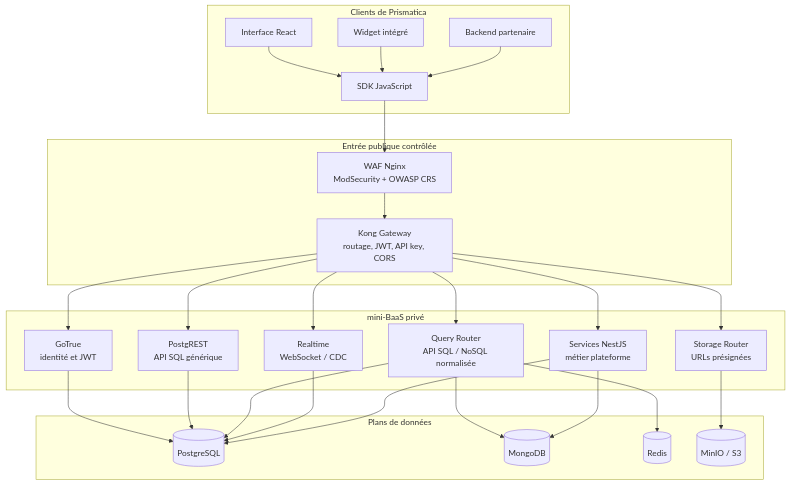
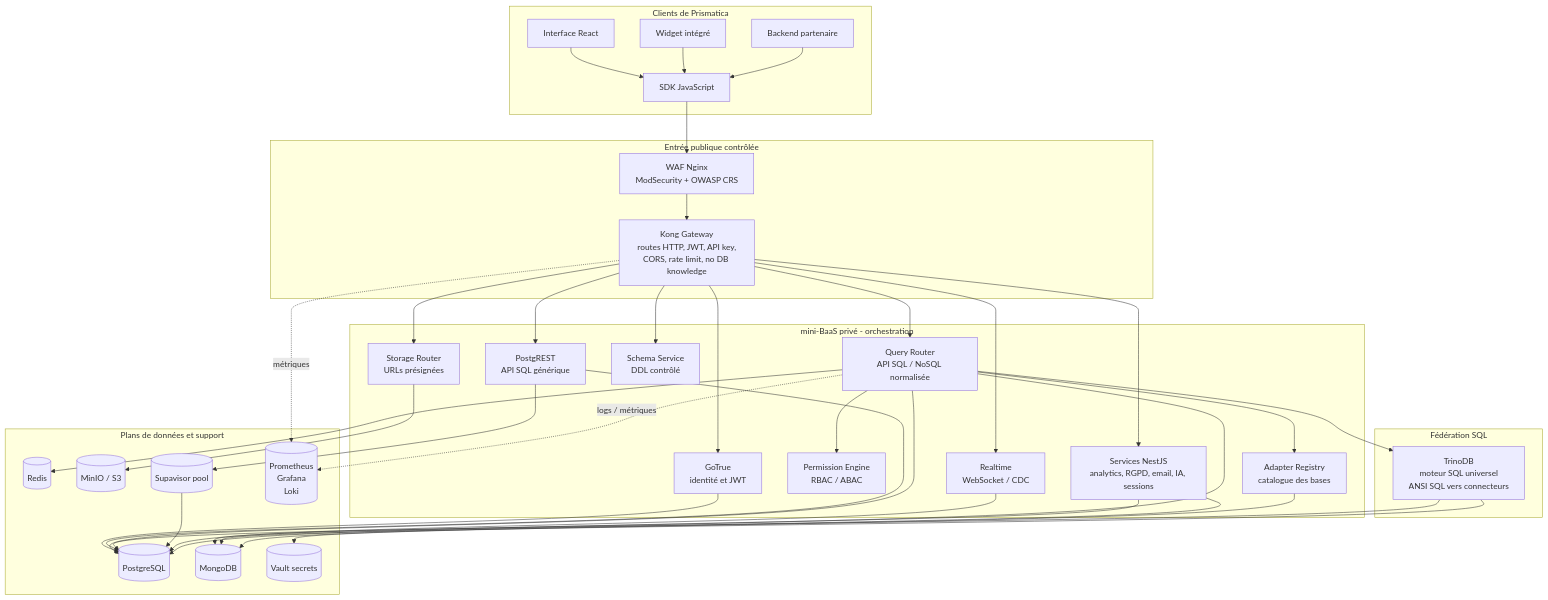
The fifth of 17 diagrams in docs/dossier-projet.md (Univers42/grobase), drawn with Mermaid before and after one commit. The commit also changed other lines of this file and 8 other files, not shown here.

````diff
--- a/docs/dossier-projet.md
+++ b/docs/dossier-projet.md
@@ -571,50 +557,70 @@
 ```mermaid
 flowchart TB
   subgraph Clients[Clients de Prismatica]
     Web[Interface React]
     SDK[SDK JavaScript]
     Embed[Widget intégré]
     Backend[Backend partenaire]
   end
 
   subgraph Edge[Entrée publique contrôlée]
     WAF[WAF Nginx<br/>ModSecurity + OWASP CRS]
-    Kong[Kong Gateway<br/>routage, JWT, API key, CORS]
+    Kong[Kong Gateway<br/>routes HTTP, JWT, API key,<br/>CORS, rate limit, no DB knowledge]
   end
 
-  subgraph BaaS[mini-BaaS privé]
+  subgraph BaaS[mini-BaaS privé - orchestration]
     Auth[GoTrue<br/>identité et JWT]
     Rest[PostgREST<br/>API SQL générique]
     Query[Query Router<br/>API SQL / NoSQL normalisée]
+    Perm[Permission Engine<br/>RBAC / ABAC]
+    Registry[Adapter Registry<br/>catalogue des bases]
+    Schema[Schema Service<br/>DDL contrôlé]
     Storage[Storage Router<br/>URLs présignées]
     Realtime[Realtime<br/>WebSocket / CDC]
-    Services[Services NestJS<br/>métier plateforme]
+    Services[Services NestJS<br/>analytics, RGPD, email, IA, sessions]
   end
 
-  subgraph Data[Plans de données]
+  subgraph Federation[Fédération SQL]
+    Trino[TrinoDB<br/>moteur SQL universel<br/>ANSI SQL vers connecteurs]
+  end
+
+  subgraph Data[Plans de données et support]
     PG[(PostgreSQL)]
     Mongo[(MongoDB)]
     Redis[(Redis)]
     MinIO[(MinIO / S3)]
+    Vault[(Vault secrets)]
+    Supavisor[(Supavisor pool)]
+    Obs[(Prometheus<br/>Grafana<br/>Loki)]
   end
 
   Web --> SDK
   Embed --> SDK
   Backend --> SDK
   SDK --> WAF --> Kong
   Kong --> Auth
   Kong --> Rest
   Kong --> Query
+  Kong --> Schema
   Kong --> Storage
   Kong --> Realtime
   Kong --> Services
   Auth --> PG
   Rest --> PG
+  Query --> Perm
+  Query --> Registry
+  Registry --> Vault
   Query --> PG
   Query --> Mongo
+  Query --> Trino
+  Trino --> PG
+  Trino --> Mongo
+  Rest --> Supavisor --> PG
   Query --> Redis
   Storage --> MinIO
   Realtime --> PG
   Services --> PG
   Services --> Mongo
+  Kong -. métriques .-> Obs
+  Query -. logs / métriques .-> Obs
 ```
````
